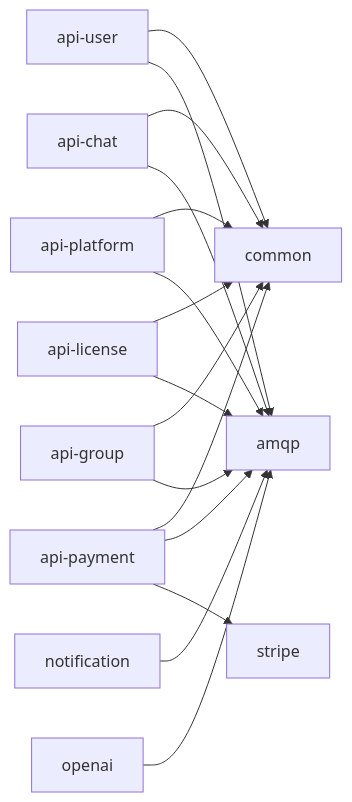
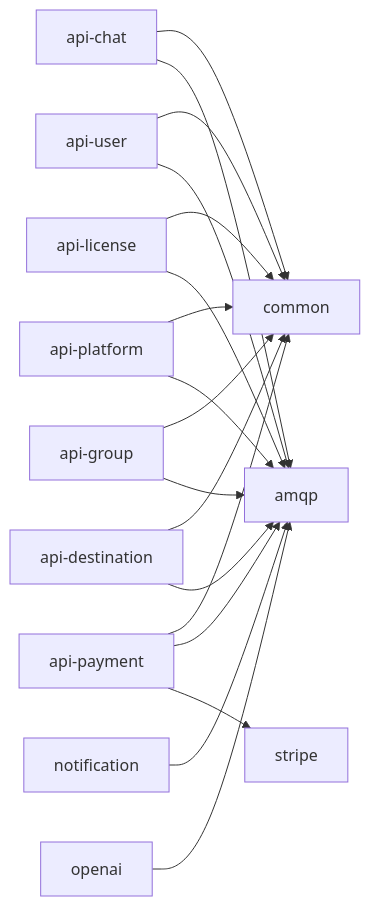
The third of 6 diagrams in README.md (dragos-galeteanu/trip-huddle-backend), drawn with Mermaid before and after one commit. The commit also changed other lines of this file and 259 other files, not shown here.

Commit message:
Implement the destination API

````diff
--- a/README.md
+++ b/README.md
@@ -110,18 +117,20 @@
 ```mermaid
 flowchart LR
     U[api-user] --> CM[common]
     P[api-platform] --> CM
     G[api-group] --> CM
     CH[api-chat] --> CM
     CH --> A
     L[api-license] --> CM
     L --> A
     PA[api-payment] --> CM
     PA --> A
     PA --> S[stripe]
+    D[api-destination] --> CM
+    D --> A
     U --> A[amqp]
     P --> A
     G --> A
     N[notification] --> A
     O[openai] --> A
 ```
````
